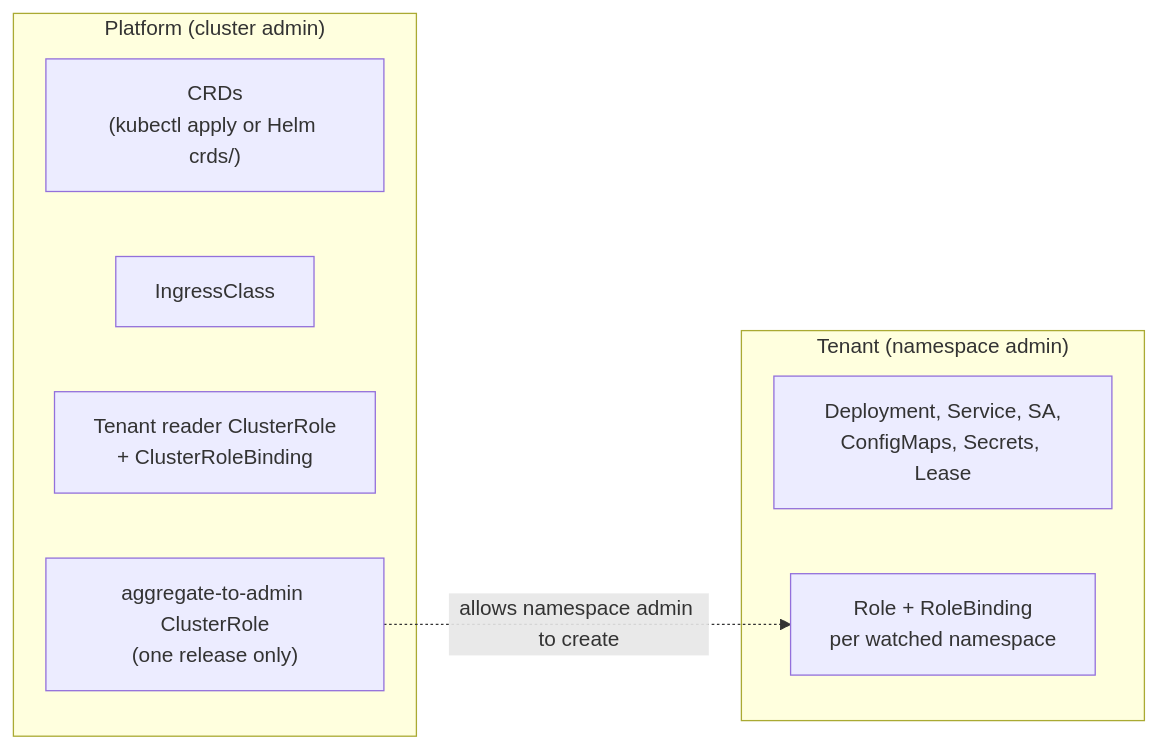
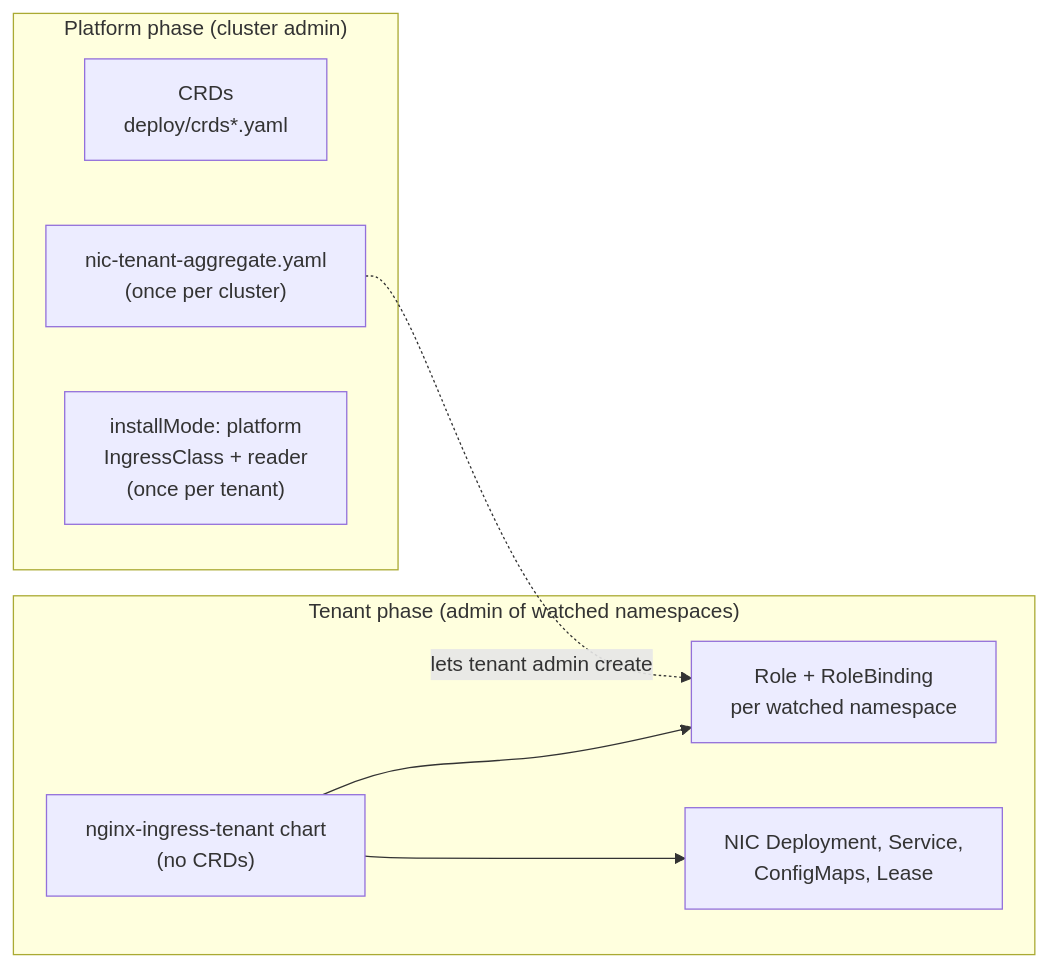
One commit to nginxinc/kubernetes-ingress changed the diagram in docs/developer/namespace-scoped-installation-high-level-design.md. Above: the diagram before and after it, drawn with Mermaid. The commit also changed other lines of this file, not shown here.

````diff
--- a/docs/developer/namespace-scoped-installation-high-level-design.md
+++ b/docs/developer/namespace-scoped-installation-high-level-design.md
@@ -222,14 +221,16 @@
 ```mermaid
 flowchart LR
-    subgraph Platform["Platform (cluster admin)"]
-        CRD["CRDs<br/>(kubectl apply or Helm crds/)"]
-        IC["IngressClass"]
-        RD["Tenant reader ClusterRole<br/>+ ClusterRoleBinding"]
-        AG["aggregate-to-admin ClusterRole<br/>(one release only)"]
+    subgraph Cluster["Platform phase (cluster admin)"]
+        CRD["CRDs<br/>deploy/crds*.yaml"]
+        AG["nic-tenant-aggregate.yaml<br/>(once per cluster)"]
+        PR["installMode: platform<br/>IngressClass + reader<br/>(once per tenant)"]
     end
-    subgraph Tenant["Tenant (namespace admin)"]
-        W["Deployment, Service, SA,<br/>ConfigMaps, Secrets, Lease"]
+    subgraph Tenant["Tenant phase (admin of watched namespaces)"]
+        TR["nginx-ingress-tenant chart<br/>(no CRDs)"]
         RB["Role + RoleBinding<br/>per watched namespace"]
+        NIC["NIC Deployment, Service,<br/>ConfigMaps, Lease"]
     end
-    AG -. "allows namespace admin to create" .-> RB
+    AG -. "lets tenant admin create" .-> RB
+    TR --> RB
+    TR --> NIC
 ```
````
